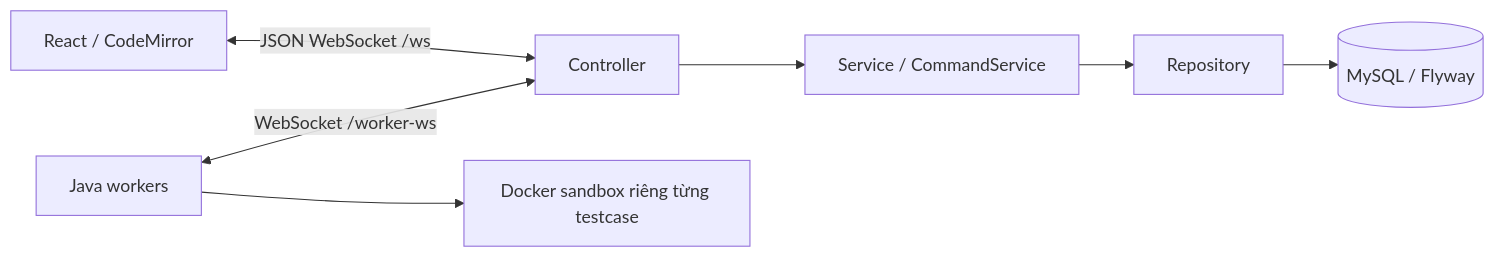
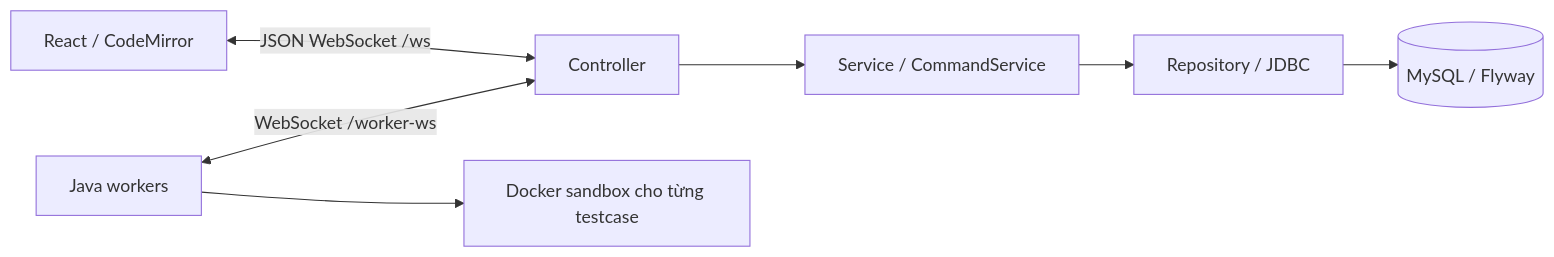
Before and after one commit to XuanMjnh/CodeGrade: the diagram in README.md, drawn with Mermaid. The commit also changed other lines of this file and 5 other files, not shown here.

````diff
--- a/README.md
+++ b/README.md
@@ -25,9 +56,9 @@
 ```mermaid
 flowchart LR
     C[React / CodeMirror] <-->|JSON WebSocket /ws| T[Controller]
     T --> S[Service / CommandService]
-    S --> R[Repository]
+    S --> R[Repository / JDBC]
     R --> D[(MySQL / Flyway)]
     W[Java workers] <-->|WebSocket /worker-ws| T
-    W --> B[Docker sandbox riêng từng testcase]
+    W --> B[Docker sandbox cho từng testcase]
 ```
````
